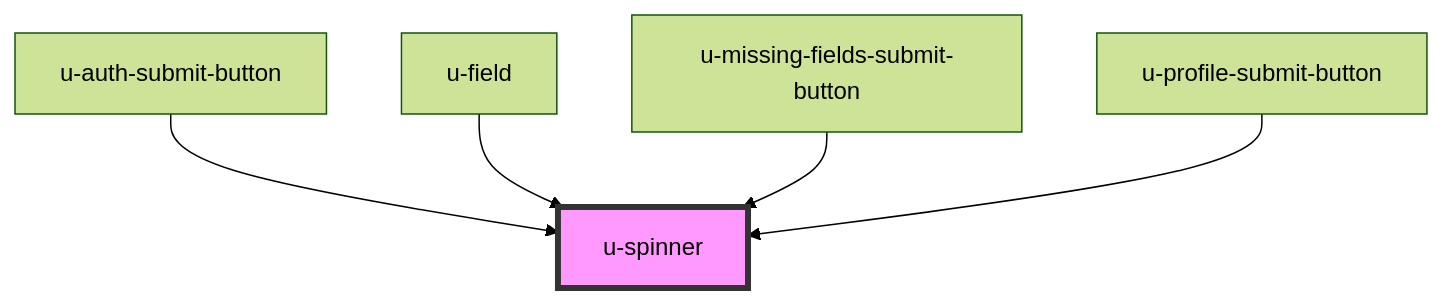
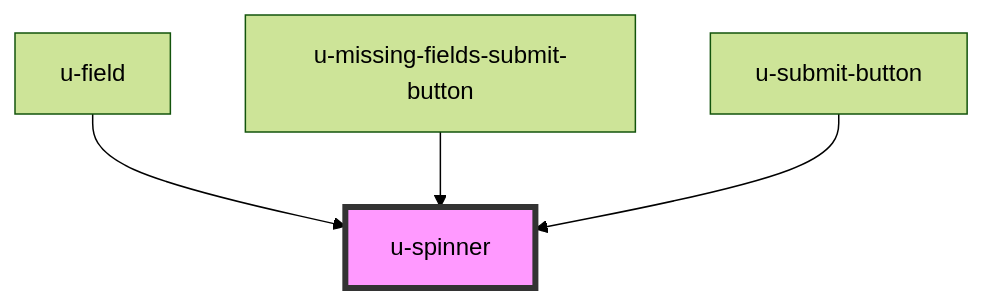
One commit to UnidyID/unidy-sdk changed the diagram in packages/sdk/src/shared/components/spinner/readme.md. Above: the diagram before and after it, drawn with Mermaid (forest theme). The commit also changed other lines of this file and 17 other files, not shown here.

````diff
--- a/packages/sdk/src/shared/components/spinner/readme.md
+++ b/packages/sdk/src/shared/components/spinner/readme.md
@@ -91,8 +90,7 @@
 ```mermaid
 graph TD;
-  u-auth-submit-button --> u-spinner
   u-field --> u-spinner
   u-missing-fields-submit-button --> u-spinner
-  u-profile-submit-button --> u-spinner
+  u-submit-button --> u-spinner
   style u-spinner fill:#f9f,stroke:#333,stroke-width:4px
 ```
````
